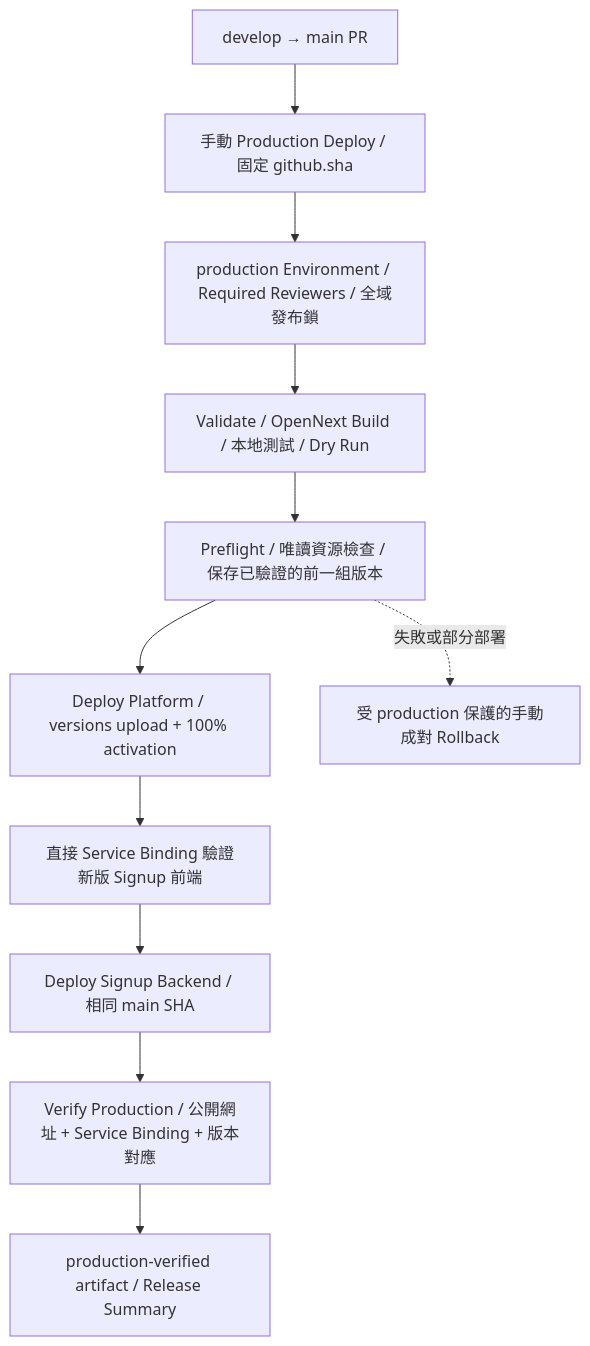
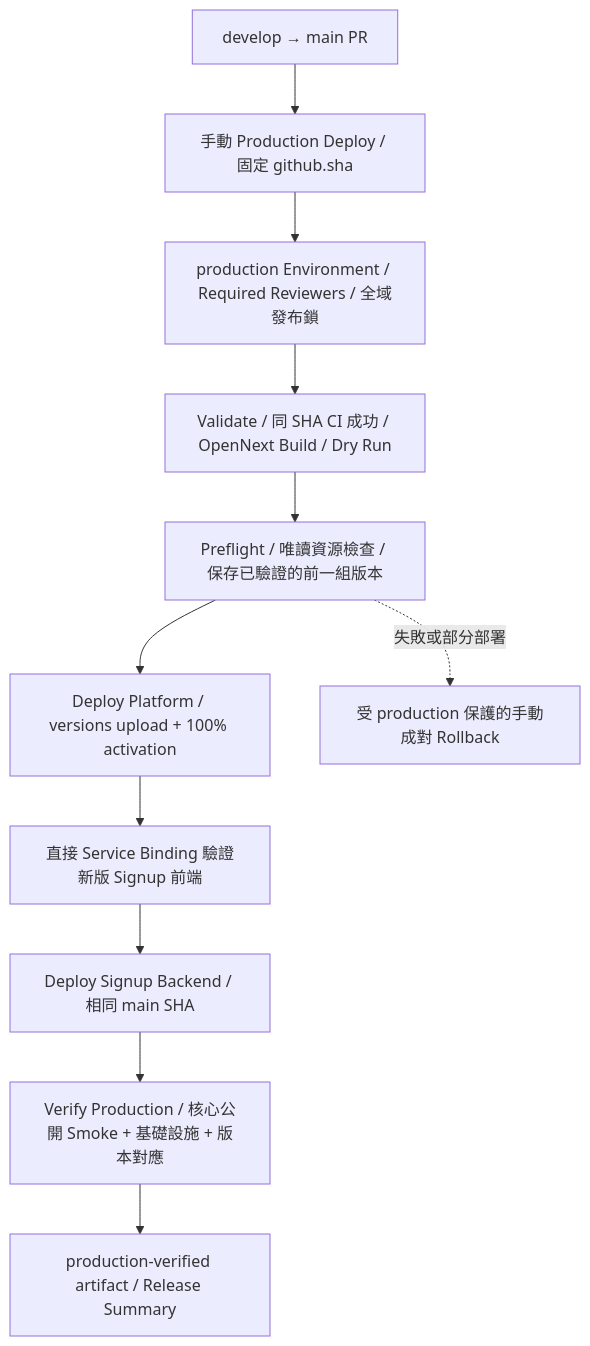
Before and after one commit to lilaiireland-tw/lilai-web-platform: the first of 2 diagrams in docs/unified-production-release.md, drawn with Mermaid. The commit also changed other lines of this file and 5 other files, not shown here.

````diff
--- a/docs/unified-production-release.md
+++ b/docs/unified-production-release.md
@@ -8,13 +8,13 @@
 ```mermaid
 flowchart TD
   PR[develop → main PR] --> Dispatch[手動 Production Deploy / 固定 github.sha]
   Dispatch --> Gate[production Environment / Required Reviewers / 全域發布鎖]
-  Gate --> Validate[Validate / OpenNext Build / 本地測試 / Dry Run]
+  Gate --> Validate[Validate / 同 SHA CI 成功 / OpenNext Build / Dry Run]
   Validate --> Preflight[Preflight / 唯讀資源檢查 / 保存已驗證的前一組版本]
   Preflight --> Platform[Deploy Platform / versions upload + 100% activation]
   Platform --> Probe[直接 Service Binding 驗證新版 Signup 前端]
   Probe --> Backend[Deploy Signup Backend / 相同 main SHA]
-  Backend --> Verify[Verify Production / 公開網址 + Service Binding + 版本對應]
+  Backend --> Verify[Verify Production / 核心公開 Smoke + 基礎設施 + 版本對應]
   Verify --> Record[production-verified artifact / Release Summary]
   Preflight -.失敗或部分部署.-> Rollback[受 production 保護的手動成對 Rollback]
 ```
````
